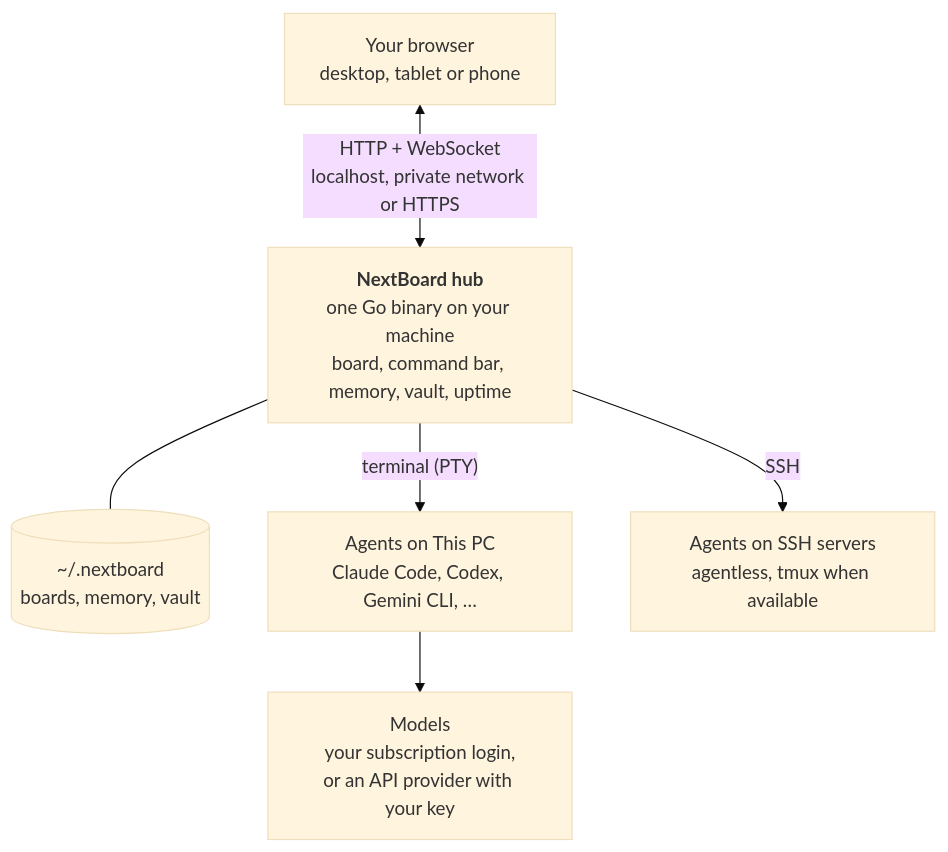
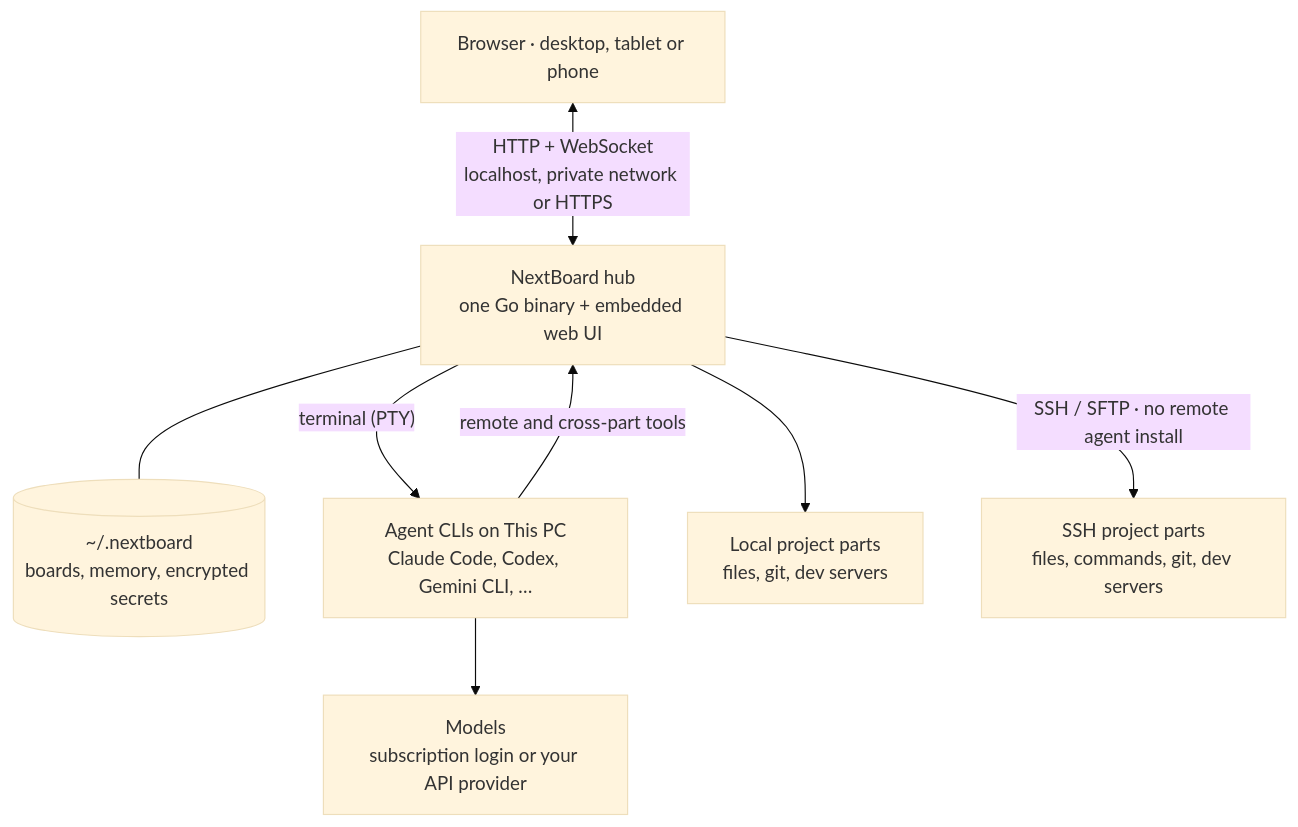
Before and after one commit to azamrizki/nextboard: the first of 2 diagrams in README.md, drawn with Mermaid (base theme). The commit also changed other lines of this file, not shown here.

Commit message:
docs: README leads with the quick start and covers projects in several parts

````diff
--- a/README.md
+++ b/README.md
@@ -38,14 +231,17 @@
 ```mermaid
 flowchart TB
-    browser["Your browser<br/>desktop, tablet or phone"]
-    hub["<b>NextBoard hub</b><br/>one Go binary on your machine<br/>board, command bar, memory, vault, uptime"]
-    data[("~/.nextboard<br/>boards, memory, vault")]
-    local["Agents on This PC<br/>Claude Code, Codex, Gemini CLI, …"]
-    ssh["Agents on SSH servers<br/>agentless, tmux when available"]
-    models["Models<br/>your subscription login,<br/>or an API provider with your key"]
+    browser["Browser · desktop, tablet or phone"]
+    hub["NextBoard hub<br/>one Go binary + embedded web UI"]
+    data[("~/.nextboard<br/>boards, memory, encrypted secrets")]
+    local["Agent CLIs on This PC<br/>Claude Code, Codex, Gemini CLI, …"]
+    files["Local project parts<br/>files, git, dev servers"]
+    ssh["SSH project parts<br/>files, commands, git, dev servers"]
+    models["Models<br/>subscription login or your API provider"]
     browser <-->|"HTTP + WebSocket<br/>localhost, private network or HTTPS"| hub
     hub --- data
     hub -->|"terminal (PTY)"| local
-    hub -->|"SSH"| ssh
+    hub --> files
+    hub -->|"SSH / SFTP · no remote agent install"| ssh
+    local -->|"remote and cross-part tools"| hub
     local --> models
 ```
````
